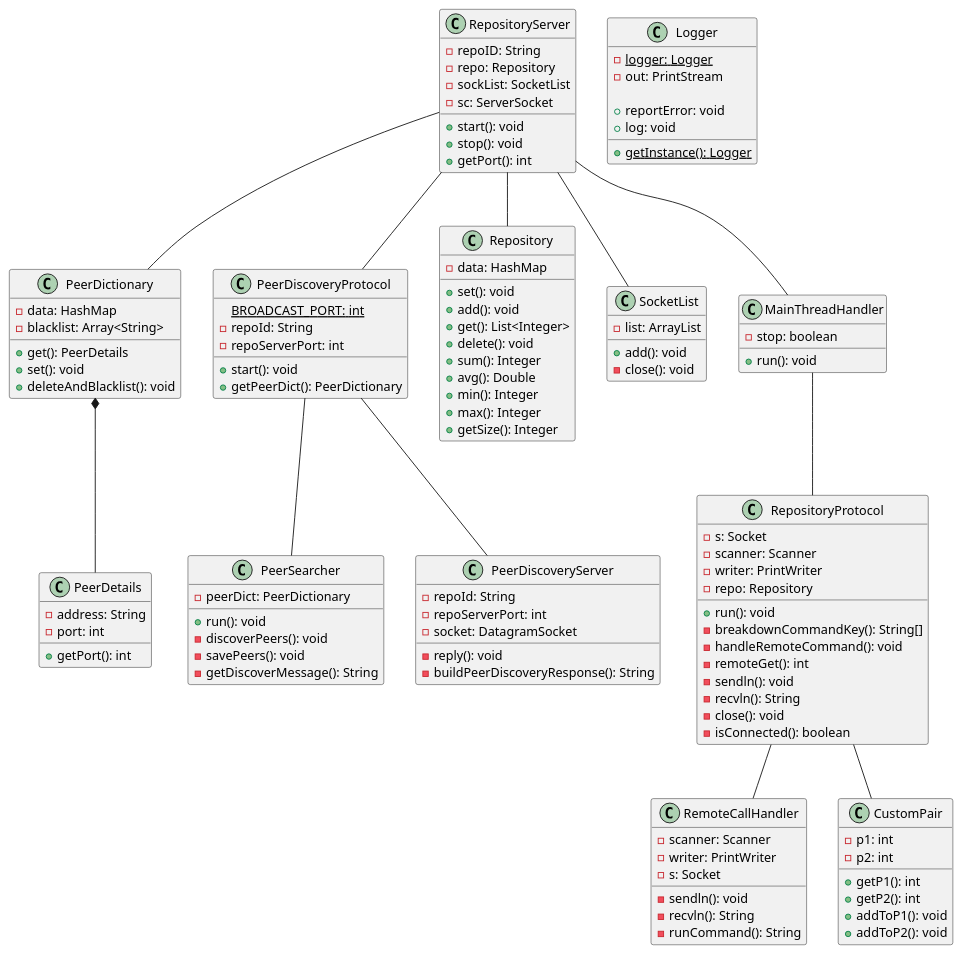
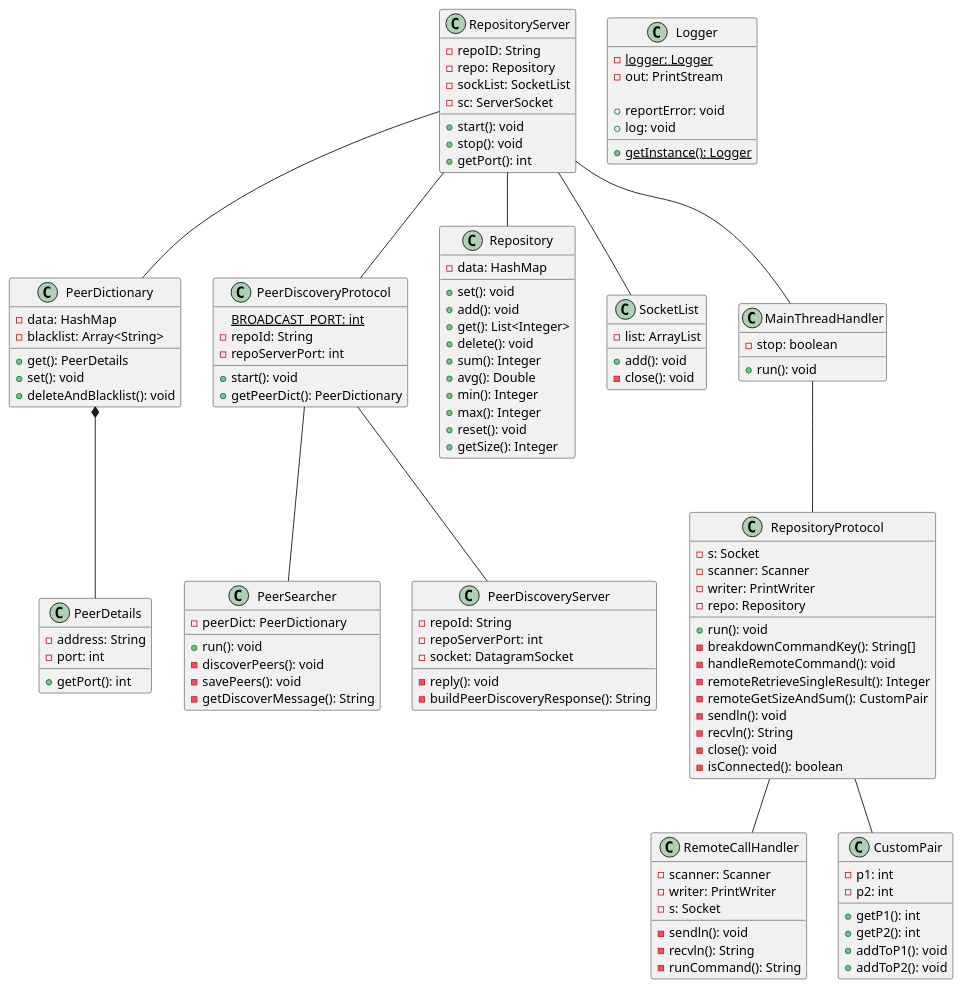
One commit to jamestjw/comp6231-s22 changed the diagram in assignment-1/src/com/assignment1/class-diagram.puml. Above: the diagram before and after it, drawn with PlantUML. The commit also changed 4 other files, not shown here.

Commit message:
Add reset functionality, add single repo input and output text files

```diff
--- a/assignment-1/src/com/assignment1/class-diagram.puml
+++ b/assignment-1/src/com/assignment1/class-diagram.puml
@@ -1,146 +1,147 @@
 @startuml Assignment 1 class diagram
 class PeerDetails {
     - address: String
     - port: int
     
     + getPort(): int
 }
 
 class PeerDictionary {
     - data: HashMap
     - blacklist: Array<String>
 
     + get(): PeerDetails
     + set(): void
     + deleteAndBlacklist(): void
 }
 
 PeerDictionary *-- PeerDetails
 
 class PeerSearcher {
     - peerDict: PeerDictionary
 
     + run(): void
     - discoverPeers(): void
     - savePeers(): void
     - getDiscoverMessage(): String
 }
 
 class PeerDiscoveryServer {
     - repoId: String
     - repoServerPort: int
     - socket: DatagramSocket
     
     - reply(): void
     - buildPeerDiscoveryResponse(): String
 }
 
 class PeerDiscoveryProtocol {
     {static} BROADCAST_PORT: int
     - repoId: String
     - repoServerPort: int
 
     + start(): void
     + getPeerDict(): PeerDictionary
 }
 
 PeerDiscoveryProtocol -- PeerDiscoveryServer
 PeerDiscoveryProtocol -- PeerSearcher
 
 class Repository {
     - data: HashMap
 
     + set(): void
     + add(): void
     + get(): List<Integer>
     + delete(): void
     + sum(): Integer
     + avg(): Double
     + min(): Integer
     + max(): Integer
+    + reset(): void
     + getSize(): Integer
-
 }
 
 class SocketList {
     - list: ArrayList
 
     + add(): void
     ' TODO: Need this?
     - close(): void
 }
 
 class RepositoryProtocol {
     - s: Socket
     - scanner: Scanner
     - writer: PrintWriter
     - repo: Repository
 
     + run(): void
     - breakdownCommandKey(): String[]
     - handleRemoteCommand(): void
-    - remoteGet(): int
+    - remoteRetrieveSingleResult(): Integer
+    - remoteGetSizeAndSum(): CustomPair
     - sendln(): void
     - recvln(): String
     - close(): void
     - isConnected(): boolean
 }
 
 class RemoteCallHandler {
     - scanner: Scanner
     - writer: PrintWriter
     - s: Socket
 
     - sendln(): void
     - recvln(): String
     - runCommand(): String
 }
 
 RepositoryProtocol -- RemoteCallHandler
 
 class CustomPair{
     - p1: int
     - p2: int
 
     + getP1(): int
     + getP2(): int
     + addToP1(): void
     + addToP2(): void
 }
 
 RepositoryProtocol -- CustomPair
 
 class MainThreadHandler {
     - stop: boolean
     + run(): void
 }
 
 MainThreadHandler -- RepositoryProtocol
 
 class RepositoryServer {
     - repoID: String
     - repo: Repository
     - sockList: SocketList
     - sc: ServerSocket
  
     + start(): void
     + stop(): void
     + getPort(): int
 }
 
 RepositoryServer -- PeerDiscoveryProtocol
 RepositoryServer -- PeerDictionary
 RepositoryServer -- Repository
 RepositoryServer -- SocketList
 RepositoryServer -- MainThreadHandler
 
 class Logger {
     - {static} logger: Logger
     - out: PrintStream
 
     + {static} getInstance(): Logger
     + reportError: void
     + log: void
 }
 
 @enduml
```
